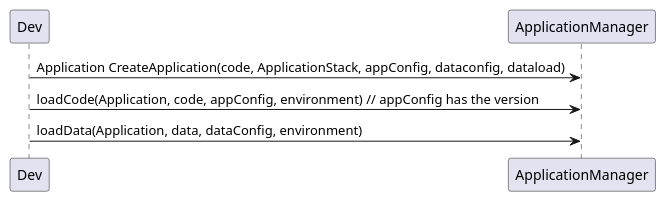
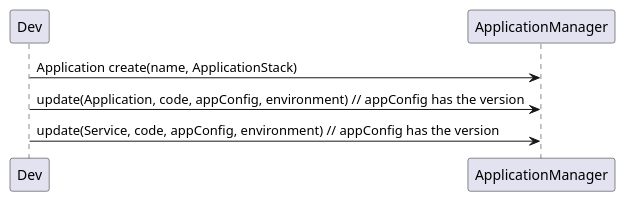
Before and after one commit to CAADE/C3: the diagram in design/Actors/ApplicationDeveloper/DeveloperActivity.puml, drawn with PlantUML. The commit also changed 89 other files, not shown here.

Commit message:
Add Details for Actors and generate UML diagrams

```diff
--- a/design/Actors/ApplicationDeveloper/DeveloperActivity.puml
+++ b/design/Actors/ApplicationDeveloper/DeveloperActivity.puml
@@ -1,5 +1,5 @@
 @startuml
-Dev -> ApplicationManager: Application CreateApplication(code, ApplicationStack, appConfig, dataconfig, dataload)
-Dev -> ApplicationManager: loadCode(Application, code, appConfig, environment) // appConfig has the version
-Dev -> ApplicationManager: loadData(Application, data, dataConfig, environment)
+Dev -> ApplicationManager: Application create(name, ApplicationStack)
+Dev -> ApplicationManager: update(Application, code, appConfig, environment) // appConfig has the version
+Dev -> ApplicationManager: update(Service, code, appConfig, environment) // appConfig has the version
 @enduml
```
